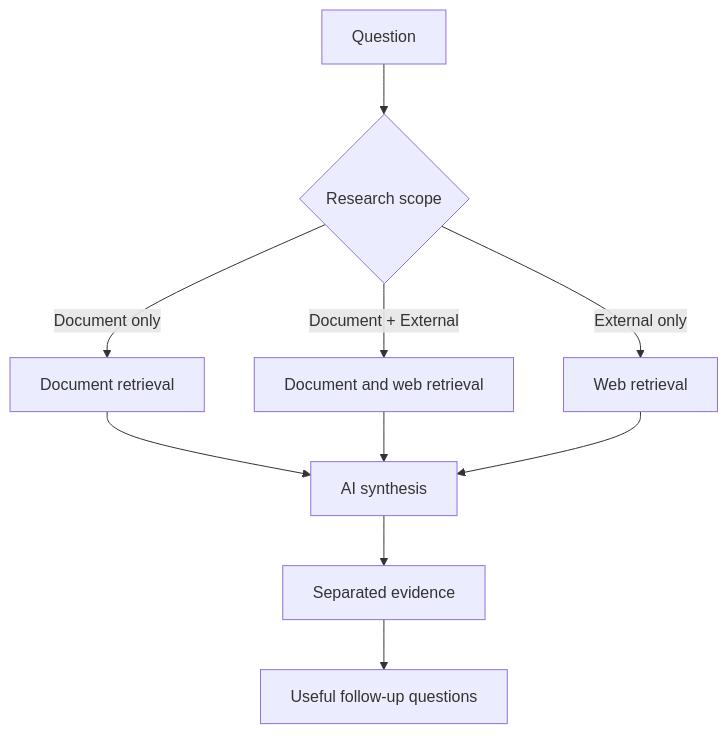
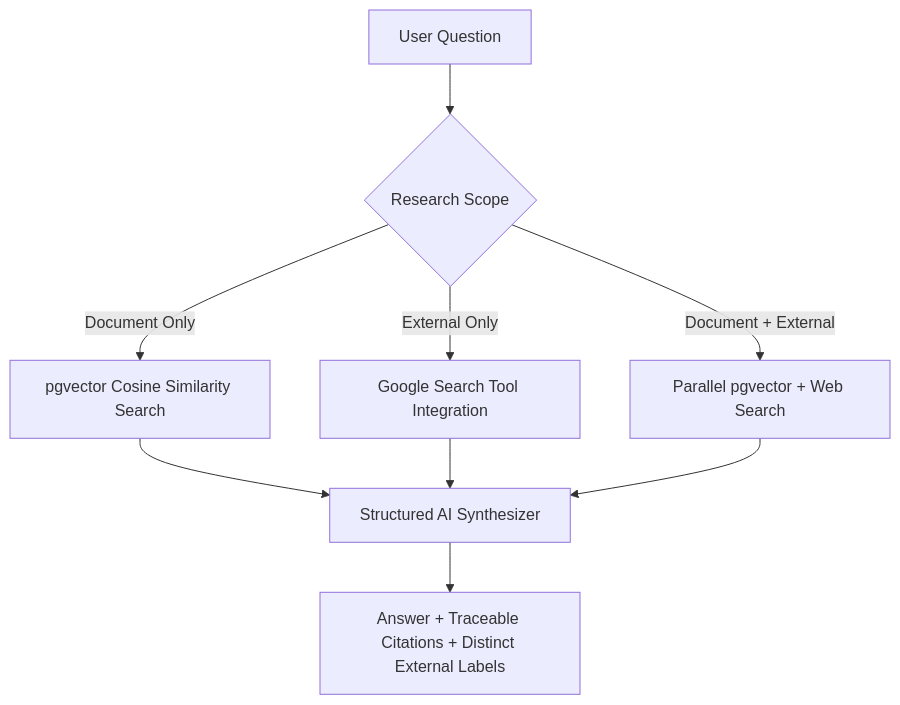
The third of 3 diagrams in README.md (pd585/sela-ai), drawn with Mermaid before and after one commit. The commit also changed other lines of this file, not shown here.

````diff
--- a/README.md
+++ b/README.md
@@ -64,12 +145,14 @@
 ```mermaid
 flowchart TD
-	Question --> Scope{Research scope}
-	Scope -->|Document only| Document[Document retrieval]
-	Scope -->|Document + External| Both[Document and web retrieval]
-	Scope -->|External only| Web[Web retrieval]
-	Document --> Synthesis[AI synthesis]
-	Both --> Synthesis
-	Web --> Synthesis
-	Synthesis --> Evidence[Separated evidence]
-	Evidence --> Followups[Useful follow-up questions]
+    Query[User Question] --> ScopeSelector{Research Scope}
+    
+    ScopeSelector -->|Document Only| DocSearch[pgvector Cosine Similarity Search]
+    ScopeSelector -->|External Only| WebSearch[Google Search Tool Integration]
+    ScopeSelector -->|Document + External| Hybrid[Parallel pgvector + Web Search]
+    
+    DocSearch --> Synthesizer[Structured AI Synthesizer]
+    WebSearch --> Synthesizer
+    Hybrid --> Synthesizer
+    
+    Synthesizer --> Output[Answer + Traceable Citations + Distinct External Labels]
 ```
````
